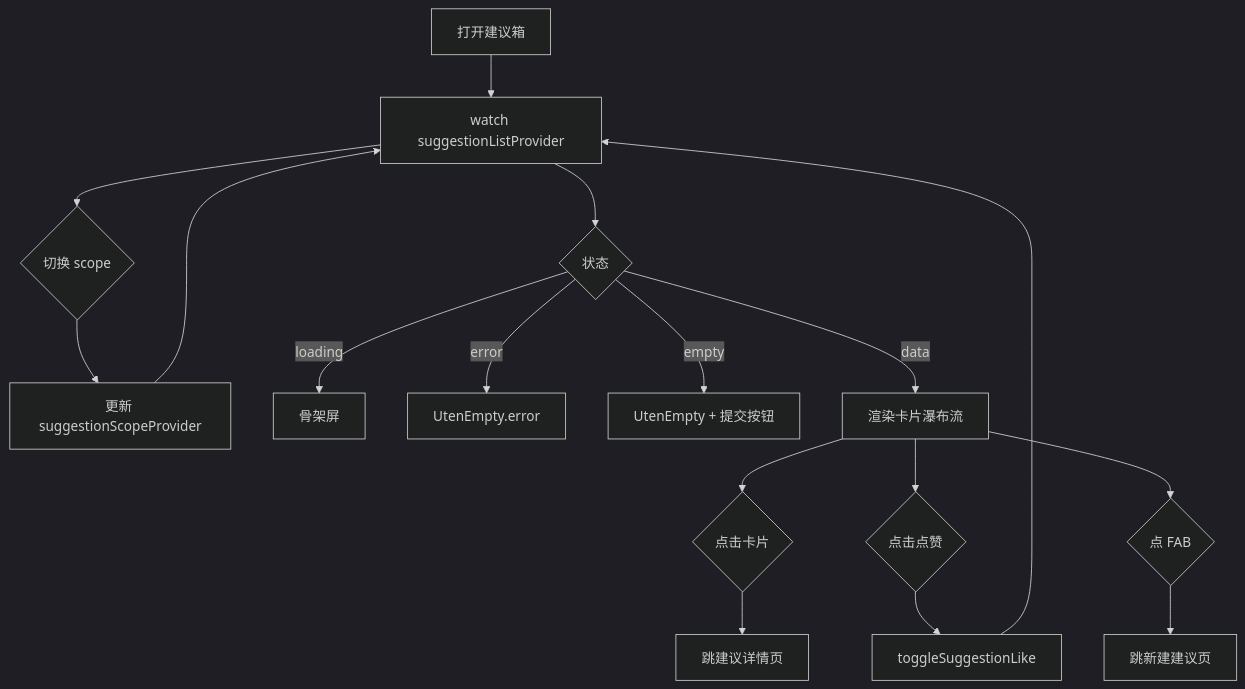
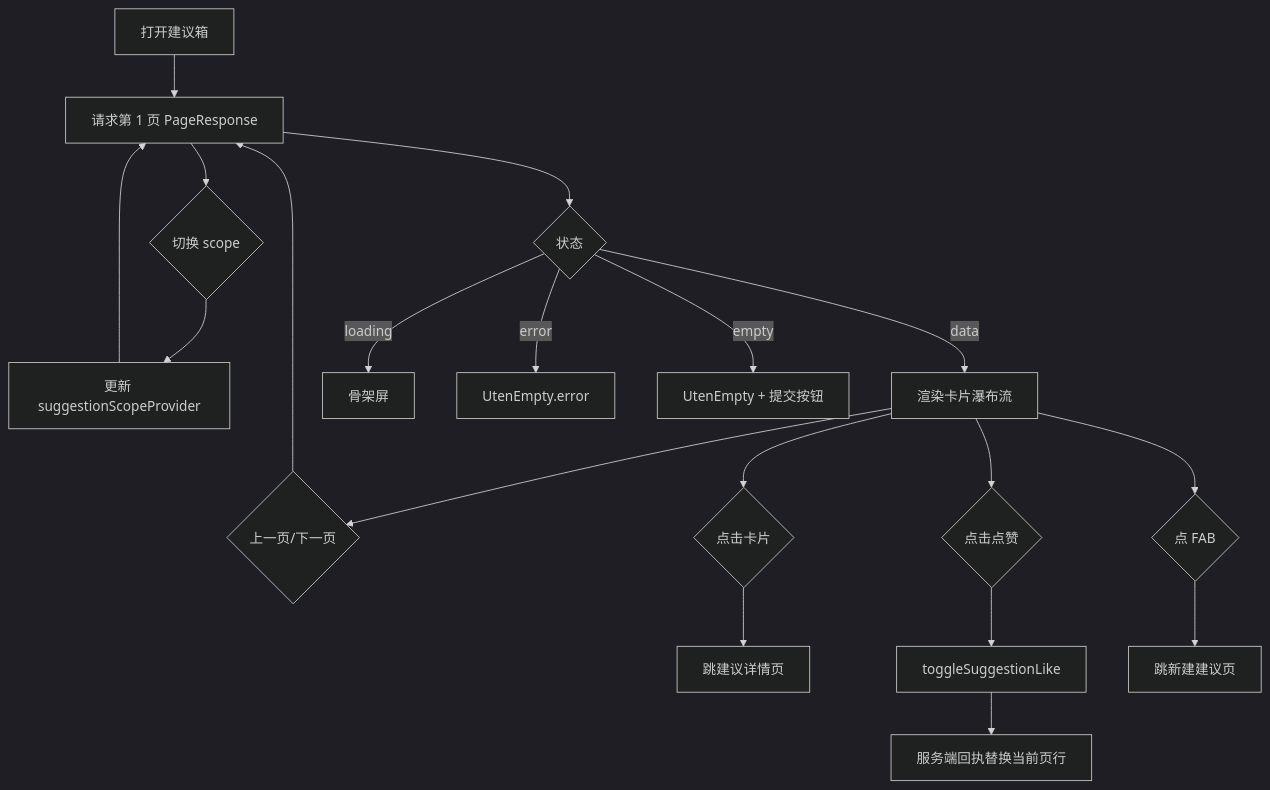
Before and after one commit to BruceChu0424/utenelec_imp: the diagram in docs/03-页面/建议箱页.md, drawn with Mermaid (dark theme). The commit also changed other lines of this file and 1614 other files, not shown here.

````diff
--- a/docs/03-页面/建议箱页.md
+++ b/docs/03-页面/建议箱页.md
@@ -115,19 +119,21 @@
 ```mermaid
 flowchart TD
-    A[打开建议箱] --> W[watch suggestionListProvider]
+    A[打开建议箱] --> W[请求第 1 页 PageResponse]
     W --> F{切换 scope}
     F --> SP[更新 suggestionScopeProvider]
     SP --> W
+    LIST --> PG{上一页/下一页}
+    PG --> W
     W --> S{状态}
     S -->|loading| SK[骨架屏]
     S -->|error| ER[UtenEmpty.error]
     S -->|empty| EM[UtenEmpty + 提交按钮]
     S -->|data| LIST[渲染卡片瀑布流]
     LIST --> CLK{点击卡片}
     CLK --> D[跳建议详情页]
     LIST --> LK{点击点赞}
     LK --> TL[toggleSuggestionLike]
-    TL --> W
+    TL --> RP[服务端回执替换当前页行]
     LIST --> FAB{点 FAB}
     FAB --> N[跳新建建议页]
 ```
````
